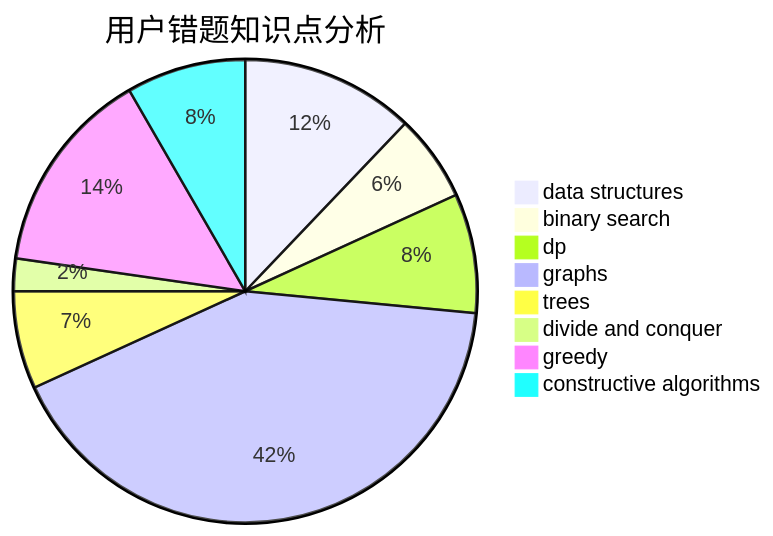
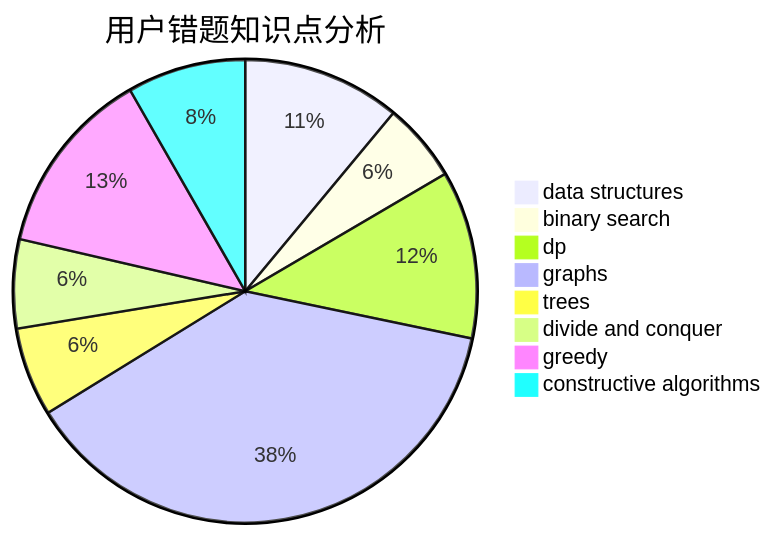
One commit to sherpahu/cfrs.github.io changed the third of 3 diagrams in docs/user/u2558.md. Above: the diagram before and after it, drawn with Mermaid. The commit also changed other lines of this file and 2770 other files, not shown here.

````diff
--- a/docs/user/u2558.md
+++ b/docs/user/u2558.md
@@ -36,11 +36,11 @@
 ```mermaid
 pie title 用户错题知识点分析
     "data structures" :  16
     "binary search" :  8
-    "dp" :  11
+    "dp" :  17
     "graphs" :  55
     "trees" :  9
-    "divide and conquer" :  3
+    "divide and conquer" :  9
     "greedy" :  19
-    "constructive algorithms" :  11
+    "constructive algorithms" :  12
 ```
````
